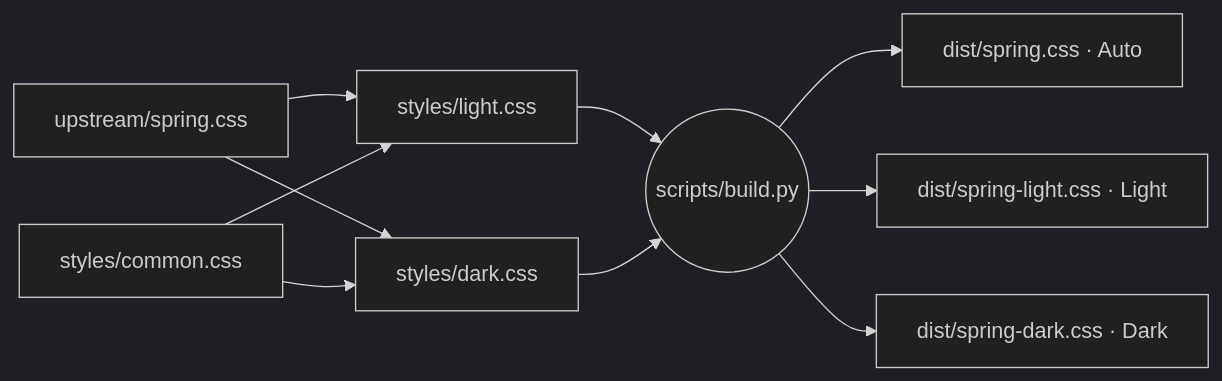
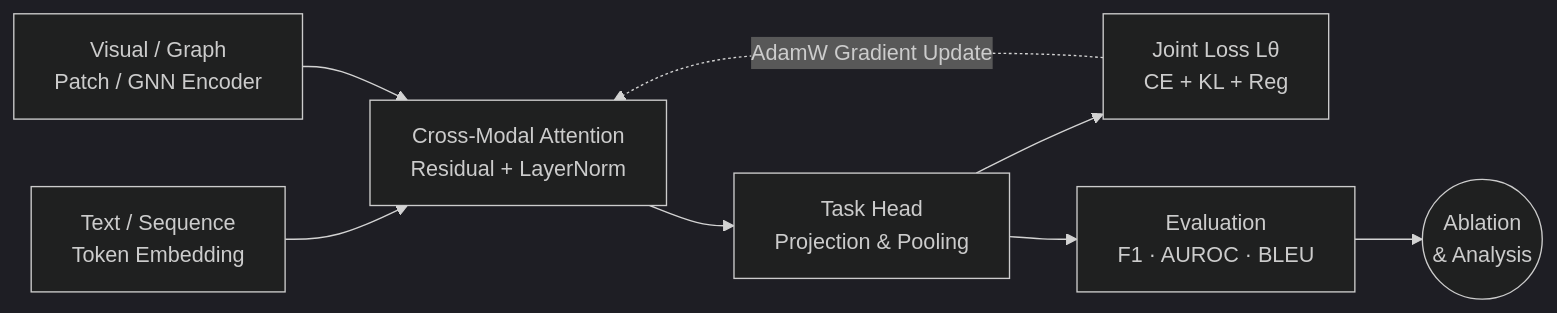
The first of 3 diagrams in DEMO.md (Fona1347/typora-spring-theme), drawn with Mermaid (dark theme) before and after one commit. The commit also changed other lines of this file and 4 other files, not shown here.

Commit message:
Add dedicated academic math & Mermaid research showcase previews

````diff
--- a/DEMO.md
+++ b/DEMO.md
@@ -157,12 +182,10 @@
 ```mermaid
 flowchart LR
-    U[upstream/spring.css] --> L[styles/light.css]
-    U --> D[styles/dark.css]
-    C[styles/common.css] --> L
-    C --> D
-    L --> B((scripts/build.py))
-    D --> B
-    B --> O1[dist/spring.css · Auto]
-    B --> O2[dist/spring-light.css · Light]
-    B --> O3[dist/spring-dark.css · Dark]
+    T[Text / Sequence<br/>Token Embedding] --> F[Cross-Modal Attention<br/>Residual + LayerNorm]
+    V[Visual / Graph<br/>Patch / GNN Encoder] --> F
+    F --> H[Task Head<br/>Projection & Pooling]
+    H --> L[Joint Loss Lθ<br/>CE + KL + Reg]
+    H --> E[Evaluation<br/>F1 · AUROC · BLEU]
+    E --> A((Ablation<br/>& Analysis))
+    L -. "AdamW Gradient Update" .-> F
 ```
````
